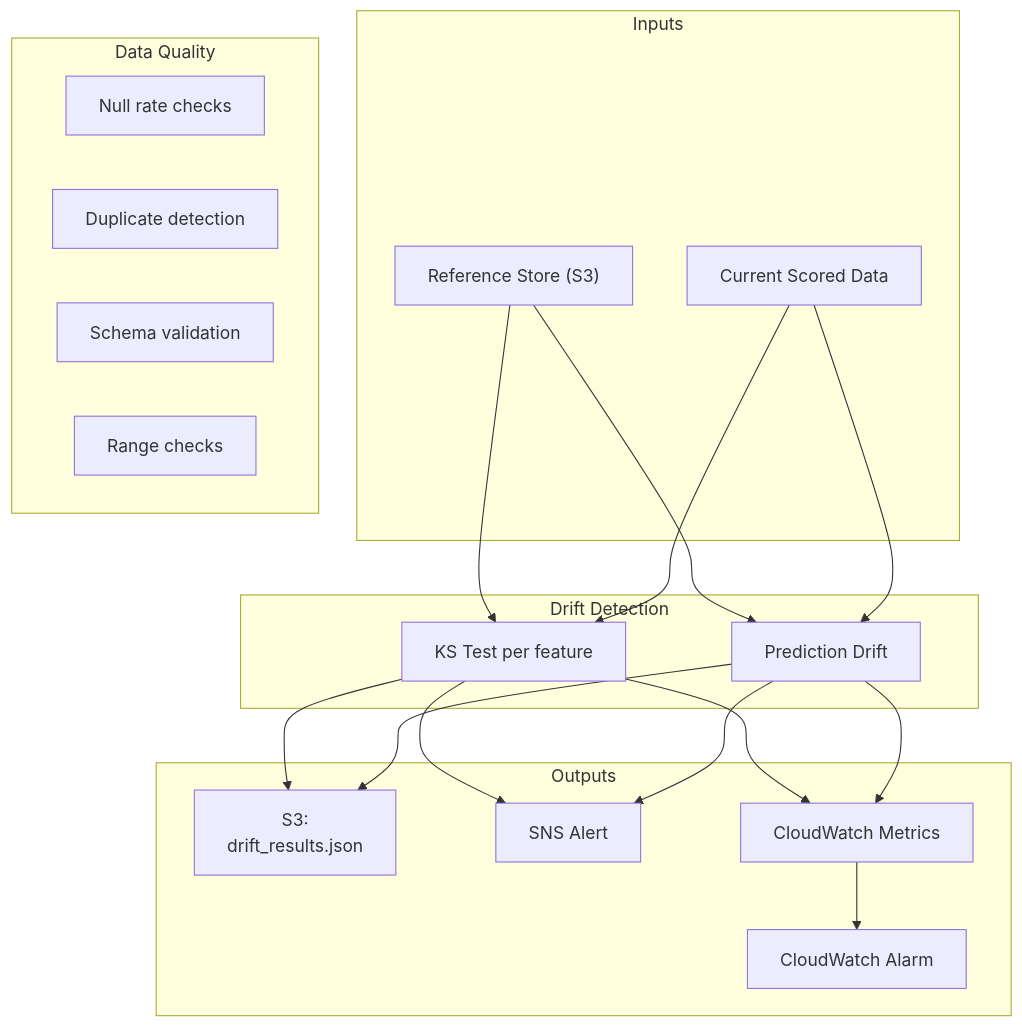
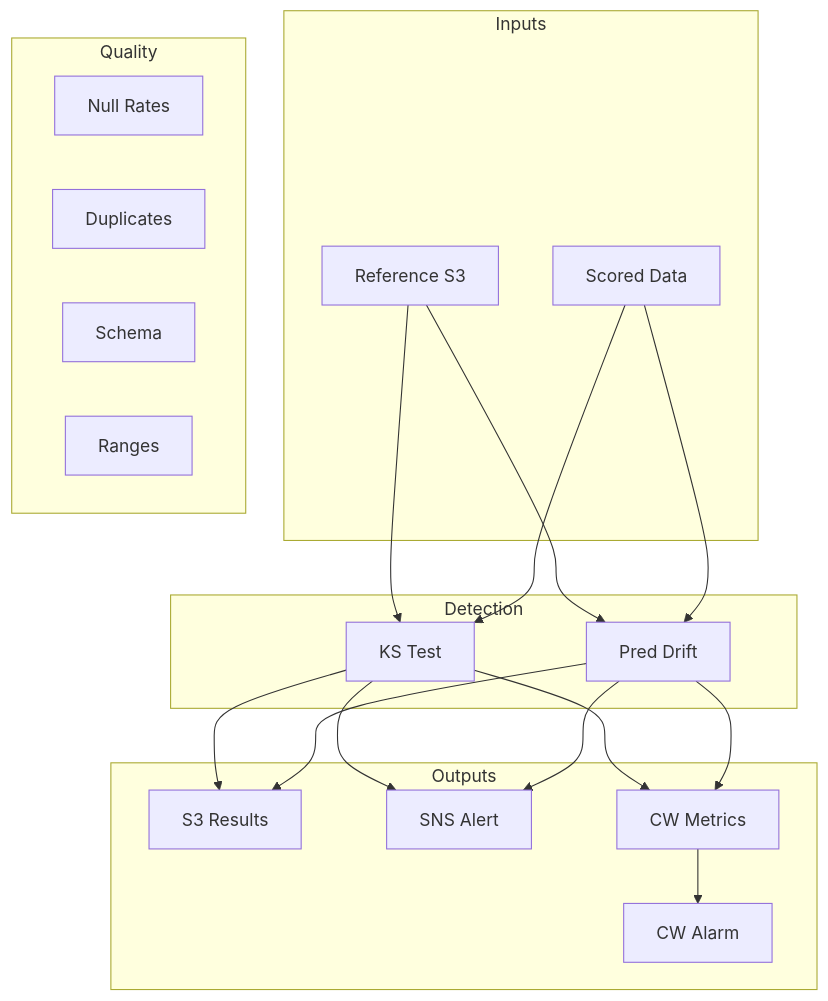
One commit to rawad-yared/bcgx-spanishgas-g1 changed the fifth of 8 diagrams in README.md. Above: the diagram before and after it, drawn with Mermaid. The commit also changed other lines of this file, not shown here.

First line of the commit message:
Simplify all Mermaid diagrams to fix GitHub text truncation

````diff
--- a/README.md
+++ b/README.md
@@ -255,31 +223,30 @@
 ```mermaid
-graph TD
+flowchart TD
     subgraph Inputs
-        REF["Reference Store (S3)"]
-        SCORED["Current Scored Data"]
+        REF[Reference S3]
+        SCORED[Scored Data]
     end
 
-    subgraph Detection["Drift Detection"]
-        KS["KS Test per feature"]
-        PRED["Prediction Drift"]
+    subgraph Detection
+        KS[KS Test]
+        PRED[Pred Drift]
     end
 
     subgraph Outputs
-        S3D["S3:<br>drift_results.json"]
-        SNS_A["SNS Alert"]
-        CW_M["CloudWatch Metrics"]
-        CW_A["CloudWatch Alarm"]
+        S3D[S3 Results]
+        SNS_A[SNS Alert]
+        CWM[CW Metrics]
+        CWA[CW Alarm]
     end
 
-    subgraph Quality["Data Quality"]
-        NR["Null rate checks"]
-        DK["Duplicate detection"]
-        SV["Schema validation"]
-        RC["Range checks"]
+    subgraph Quality
+        NR[Null Rates]
+        DK[Duplicates]
+        SV[Schema]
+        RC[Ranges]
     end
 
     REF & SCORED --> KS & PRED
-    KS & PRED --> S3D
-    KS & PRED --> SNS_A
-    KS & PRED --> CW_M --> CW_A
+    KS & PRED --> S3D & SNS_A & CWM
+    CWM --> CWA
 ```
````
